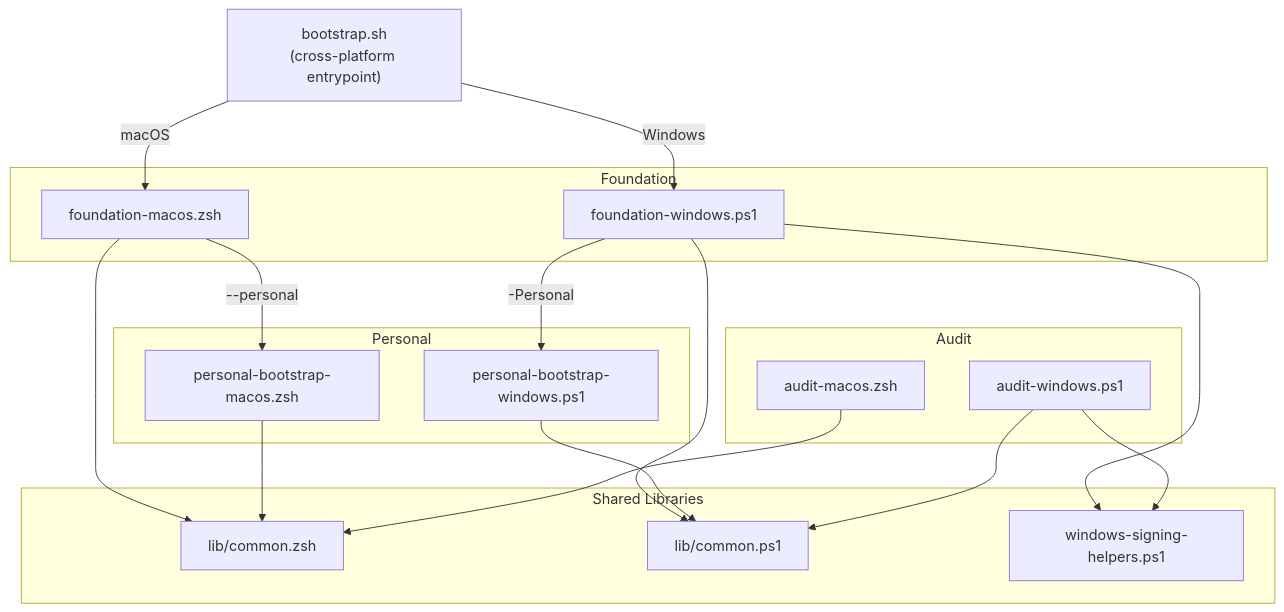
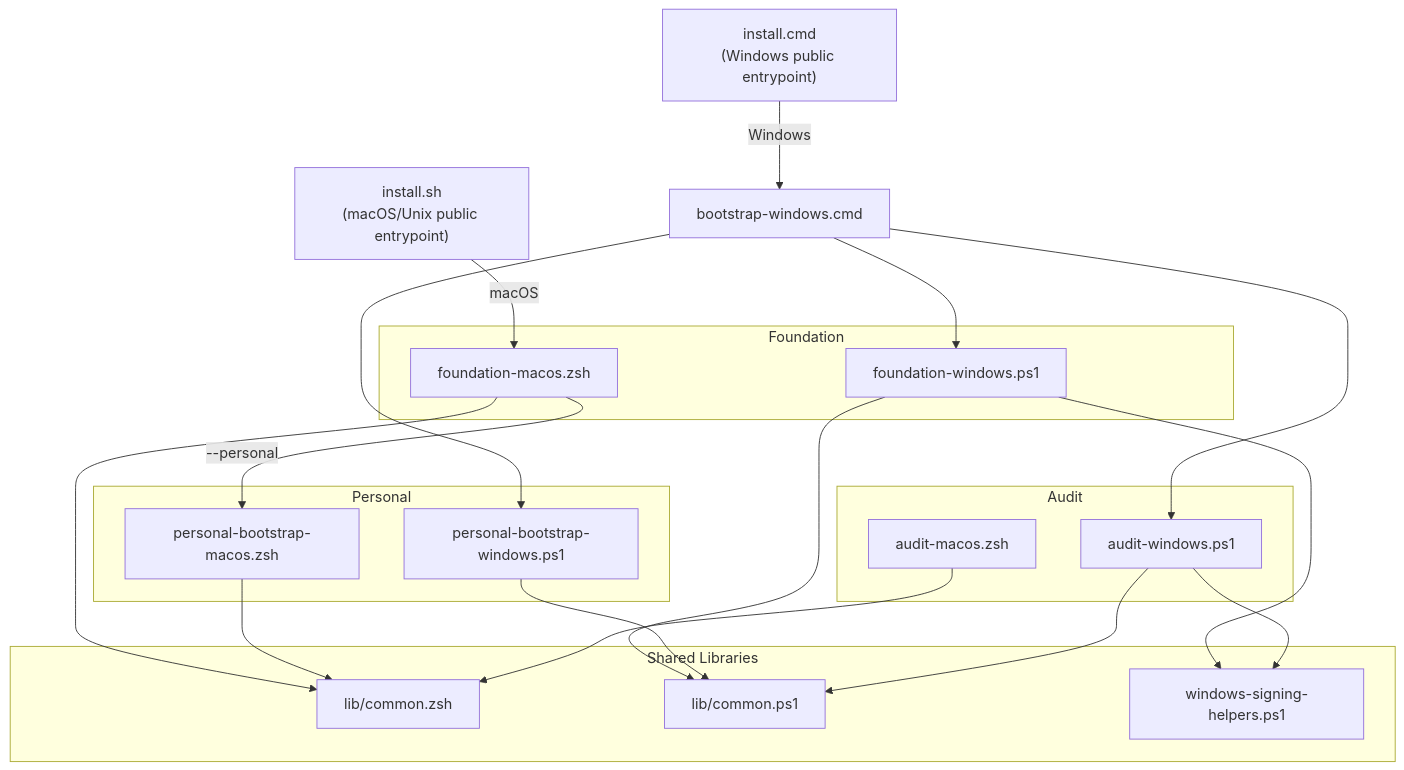
One commit to benjaminwestern/dotfiles changed the diagram in Other/scripts/README.md. Above: the diagram before and after it, drawn with Mermaid. The commit also changed other lines of this file and 12 other files, not shown here.

Commit message:
Split public install loaders and harden Windows bootstrap

````diff
--- a/Other/scripts/README.md
+++ b/Other/scripts/README.md
@@ -10,40 +10,42 @@
 ```mermaid
 flowchart TD
-    A["bootstrap.sh<br/>(cross-platform entrypoint)"] -->|macOS| B["foundation-macos.zsh"]
-    A -->|Windows| C["foundation-windows.ps1"]
+    A["install.sh<br/>(macOS/Unix public entrypoint)"] -->|macOS| B["foundation-macos.zsh"]
+    J["install.cmd<br/>(Windows public entrypoint)"] -->|Windows| K["bootstrap-windows.cmd"]
+    K --> C["foundation-windows.ps1"]
+    K --> I["audit-windows.ps1"]
+    K --> G["personal-bootstrap-windows.ps1"]
 
     B --> D["lib/common.zsh"]
     C --> E["lib/common.ps1"]
     C --> S["windows-signing-helpers.ps1"]
 
     B -->|"--personal"| F["personal-bootstrap-macos.zsh"]
-    C -->|"-Personal"| G["personal-bootstrap-windows.ps1"]
 
     F --> D
     G --> E
 
     H["audit-macos.zsh"] --> D
     I["audit-windows.ps1"] --> E
     I --> S
 
     subgraph Foundation
         B
         C
     end
 
     subgraph Personal
         F
         G
     end
 
     subgraph Audit
         H
         I
     end
 
     subgraph "Shared Libraries"
         D
         E
         S
     end
 ```
````
